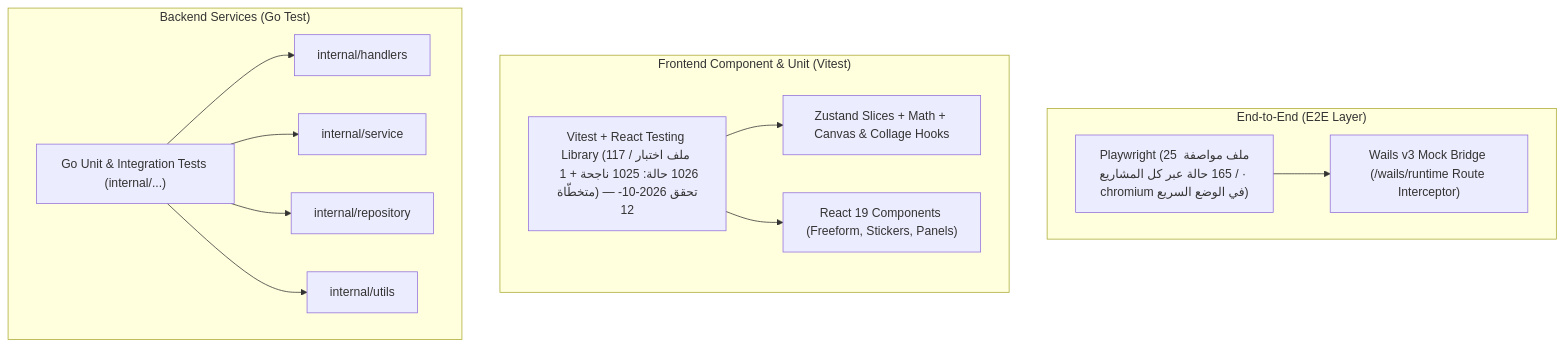
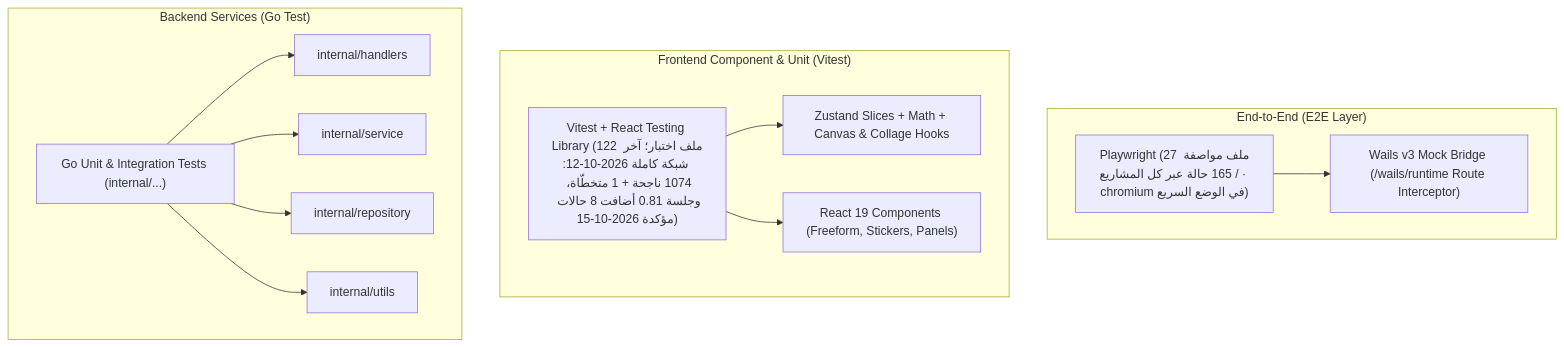
Before and after one commit to wisam79/grido: the diagram in docs/testing_guide.md, drawn with Mermaid. The commit also changed other lines of this file and 21 other files, not shown here.

````diff
--- a/docs/testing_guide.md
+++ b/docs/testing_guide.md
@@ -11,28 +11,28 @@
 ```mermaid
 flowchart TD
     subgraph E2E ["End-to-End (E2E Layer)"]
-        PW["Playwright (25 ملف مواصفة / 165 حالة عبر كل المشاريع · chromium في الوضع السريع)"]
+        PW["Playwright (27 ملف مواصفة / 165 حالة عبر كل المشاريع · chromium في الوضع السريع)"]
         Bridge["Wails v3 Mock Bridge (/wails/runtime Route Interceptor)"]
         PW --> Bridge
     end
 
     subgraph FE ["Frontend Component & Unit (Vitest)"]
-        VTests["Vitest + React Testing Library (117 ملف اختبار / 1026 حالة: 1025 ناجحة + 1 متخطّاة) — تحقق 2026-10-12"]
+        VTests["Vitest + React Testing Library (122 ملف اختبار؛ آخر شبكة كاملة 2026-10-12: 1074 ناجحة + 1 متخطّاة، وجلسة 0.81 أضافت 8 حالات مؤكدة 2026-10-15)"]
         Zustand["Zustand Slices + Math + Canvas & Collage Hooks"]
         Comps["React 19 Components (Freeform, Stickers, Panels)"]
         VTests --> Zustand
         VTests --> Comps
     end
 
     subgraph BE ["Backend Services (Go Test)"]
         GoTests["Go Unit & Integration Tests (internal/...)"]
         Handlers["internal/handlers"]
         Services["internal/service"]
         Repo["internal/repository"]
         Utils["internal/utils"]
         GoTests --> Handlers
         GoTests --> Services
         GoTests --> Repo
         GoTests --> Utils
     end
 ```
````
